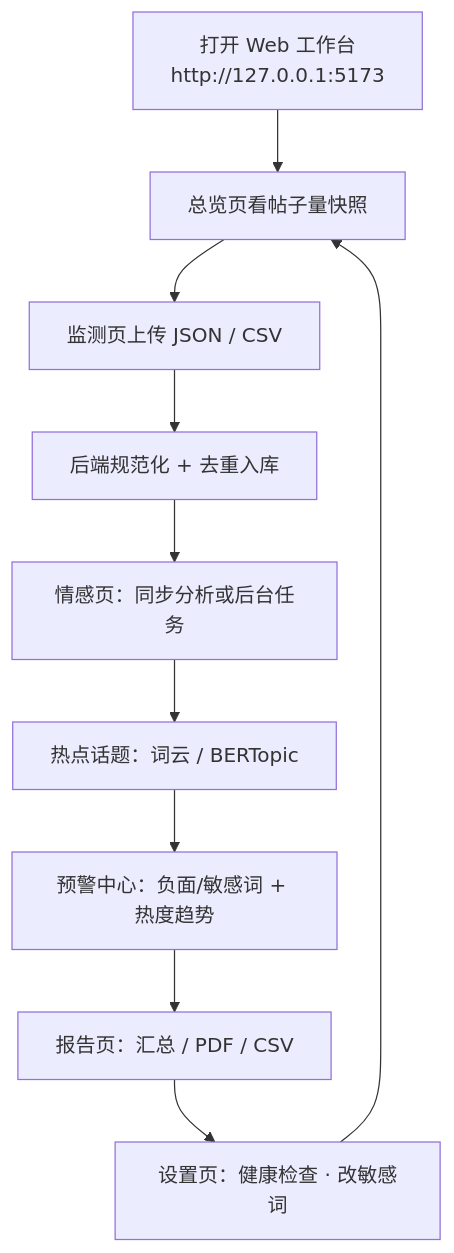
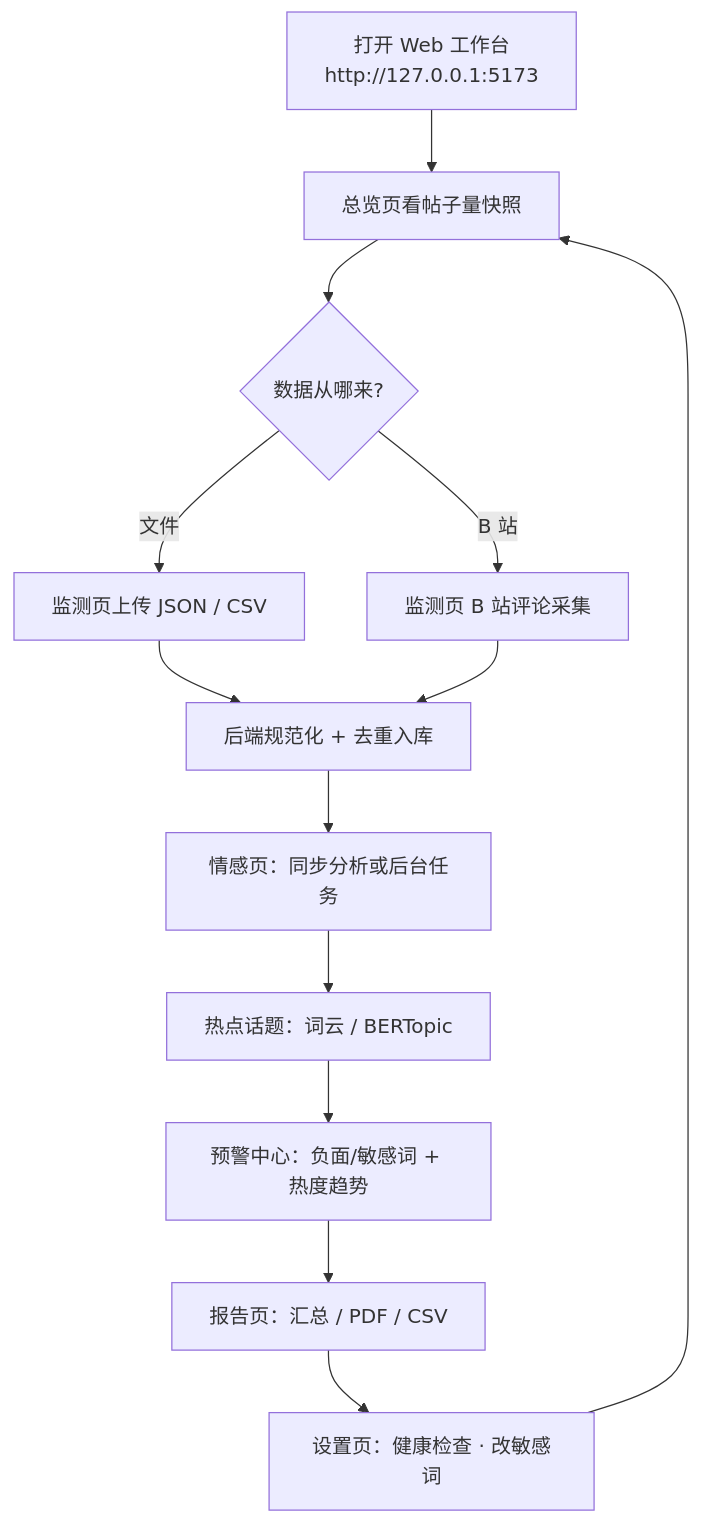
The first of 13 diagrams in docs/diagrams.md (LinJJ12/yuqing), drawn with Mermaid before and after one commit. The commit also changed other lines of this file and 21 other files, not shown here.

````diff
--- a/docs/diagrams.md
+++ b/docs/diagrams.md
@@ -14,12 +14,15 @@
 ```mermaid
 flowchart TD
     A[打开 Web 工作台<br/>http://127.0.0.1:5173] --> B[总览页看帖子量快照]
-    B --> C[监测页上传 JSON / CSV]
-    C --> D[后端规范化 + 去重入库]
+    B --> C{数据从哪来?}
+    C -->|文件| C1[监测页上传 JSON / CSV]
+    C -->|B 站| C2[监测页 B 站评论采集]
+    C1 --> D[后端规范化 + 去重入库]
+    C2 --> D
     D --> E[情感页：同步分析或后台任务]
     E --> F[热点话题：词云 / BERTopic]
     F --> G[预警中心：负面/敏感词 + 热度趋势]
     G --> H[报告页：汇总 / PDF / CSV]
     H --> I[设置页：健康检查 · 改敏感词]
     I --> B
 ```
````
